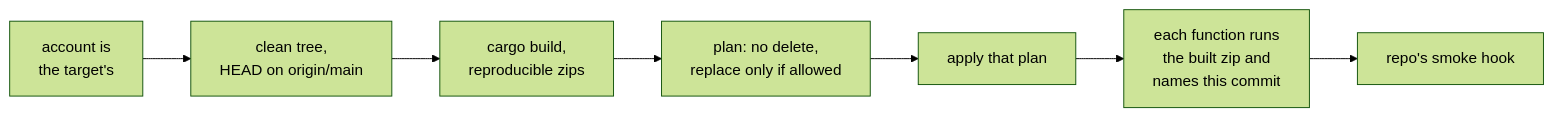
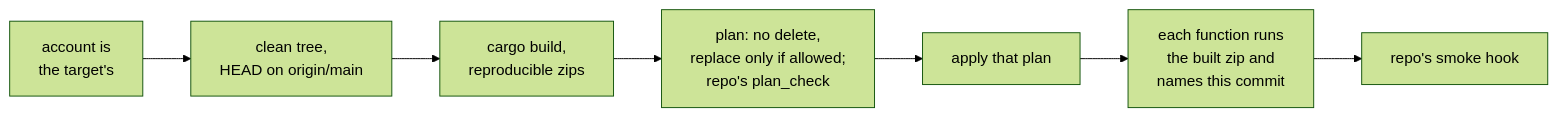
Before and after one commit to stackwell-labs/shared-terraform: the second of 2 diagrams in README.md, drawn with Mermaid (forest theme). The commit also changed other lines of this file and 3 other files, not shown here.

First line of the commit message:
deploy-lambda: optional plan_env and plan_check hooks

````diff
--- a/README.md
+++ b/README.md
@@ -277,9 +277,9 @@
 ```mermaid
 flowchart LR
   A[account is<br>the target's] --> B[clean tree,<br>HEAD on origin/main]
   B --> C[cargo build,<br>reproducible zips]
-  C --> D[plan: no delete,<br>replace only if allowed]
+  C --> D[plan: no delete,<br>replace only if allowed;<br>repo's plan_check]
   D --> E[apply that plan]
   E --> F[each function runs<br>the built zip and<br>names this commit]
   F --> G[repo's smoke hook]
 ```
````
